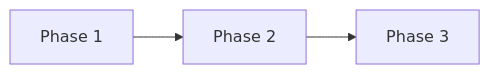
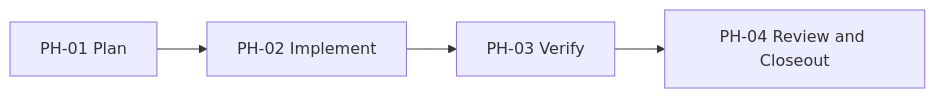
The diagram in templates/planning/visual_roadmap.md (FairladyZ625/coding-agent-harness), drawn with Mermaid before and after one commit. The commit also changed other lines of this file and 103 other files, not shown here.

````diff
--- a/templates/planning/visual_roadmap.md
+++ b/templates/planning/visual_roadmap.md
@@ -6,4 +5,6 @@
 ```mermaid
 flowchart LR
-  A["Phase 1"] --> B["Phase 2"] --> C["Phase 3"]
+  PH01["PH-01 Plan"] --> PH02["PH-02 Implement"]
+  PH02 --> PH03["PH-03 Verify"]
+  PH03 --> PH04["PH-04 Review and Closeout"]
 ```
````
